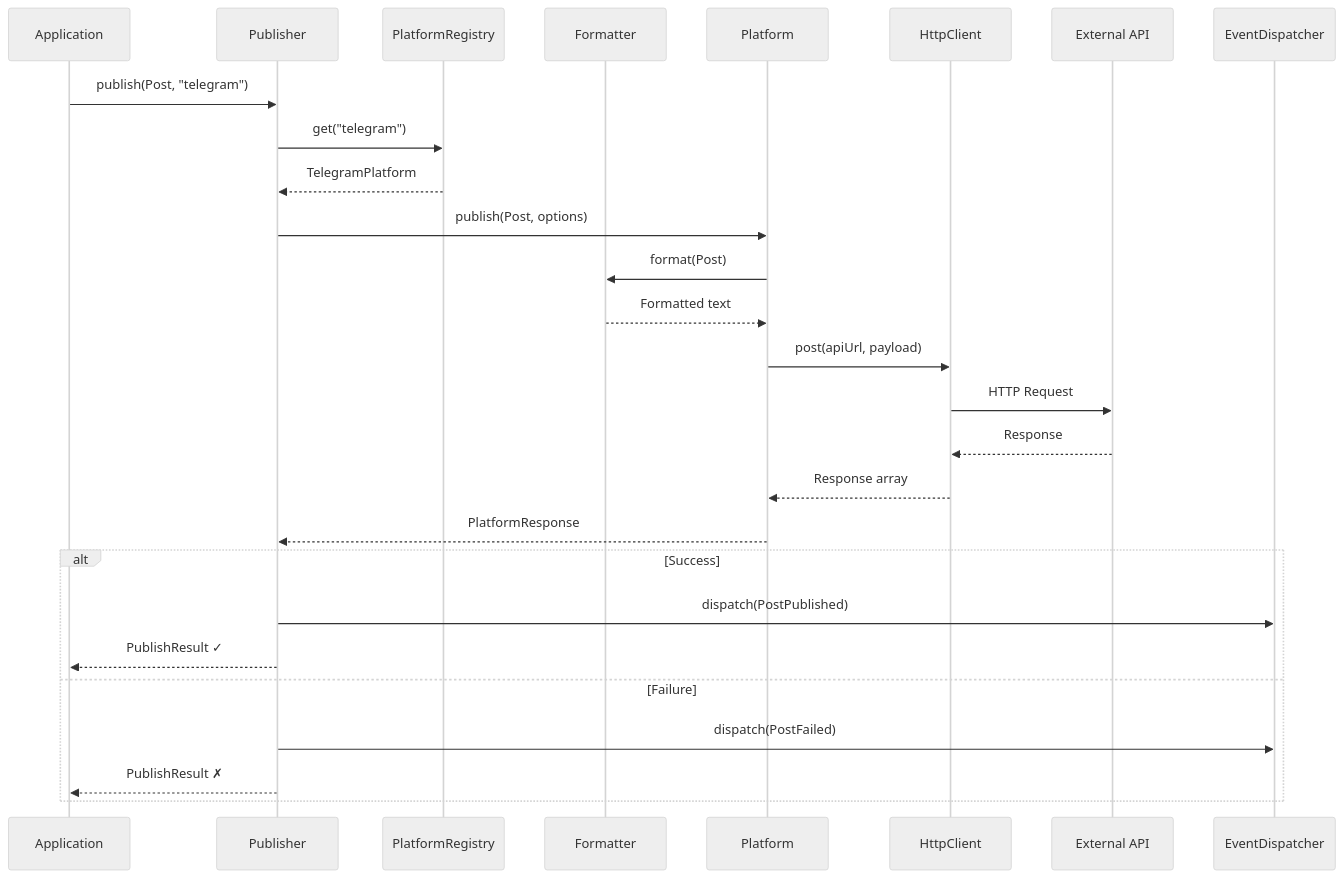
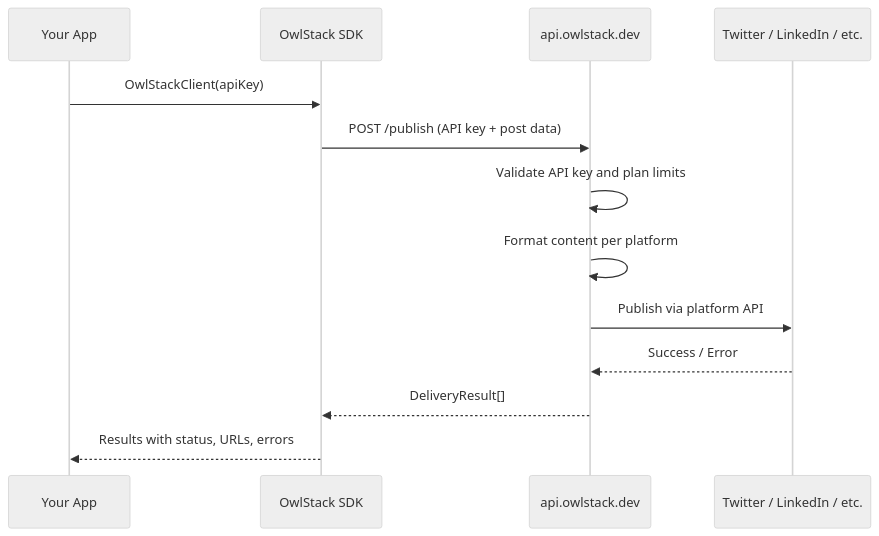
One commit to owlstacks/owlstack-docs changed the second of 2 diagrams in docs/introduction/architecture.md. Above: the diagram before and after it, drawn with Mermaid (neutral theme). The commit also changed other lines of this file and 5 other files, not shown here.

First line of the commit message:
docs: rewrite introduction for SaaS-first architecture

````diff
--- a/docs/introduction/architecture.md
+++ b/docs/introduction/architecture.md
@@ -94,31 +90,16 @@
 ```mermaid
 sequenceDiagram
-    participant App as Application
-    participant Pub as Publisher
-    participant Reg as PlatformRegistry
-    participant Fmt as Formatter
-    participant Plat as Platform
-    participant HTTP as HttpClient
-    participant API as External API
-    participant Evt as EventDispatcher
+    participant User as Your App
+    participant SDK as OwlStack SDK
+    participant Cloud as api.owlstack.dev
+    participant Platform as Twitter / LinkedIn / etc.
 
-    App->>Pub: publish(Post, "telegram")
-    Pub->>Reg: get("telegram")
-    Reg-->>Pub: TelegramPlatform
-    Pub->>Plat: publish(Post, options)
-    Plat->>Fmt: format(Post)
-    Fmt-->>Plat: Formatted text
-    Plat->>HTTP: post(apiUrl, payload)
-    HTTP->>API: HTTP Request
-    API-->>HTTP: Response
-    HTTP-->>Plat: Response array
-    Plat-->>Pub: PlatformResponse
-
-    alt Success
-        Pub->>Evt: dispatch(PostPublished)
-        Pub-->>App: PublishResult ✓
-    else Failure
-        Pub->>Evt: dispatch(PostFailed)
-        Pub-->>App: PublishResult ✗
-    end
+    User->>SDK: OwlStackClient(apiKey)
+    SDK->>Cloud: POST /publish (API key + post data)
+    Cloud->>Cloud: Validate API key and plan limits
+    Cloud->>Cloud: Format content per platform
+    Cloud->>Platform: Publish via platform API
+    Platform-->>Cloud: Success / Error
+    Cloud-->>SDK: DeliveryResult[]
+    SDK-->>User: Results with status, URLs, errors
 ```
````
